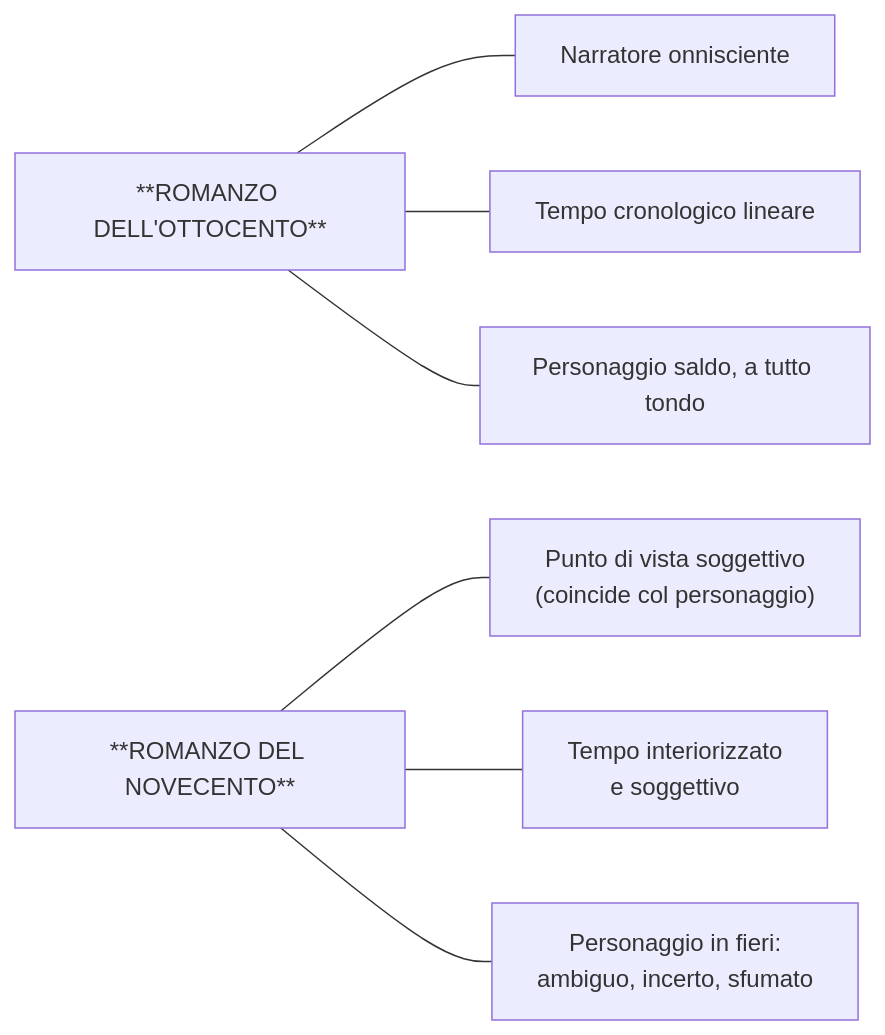
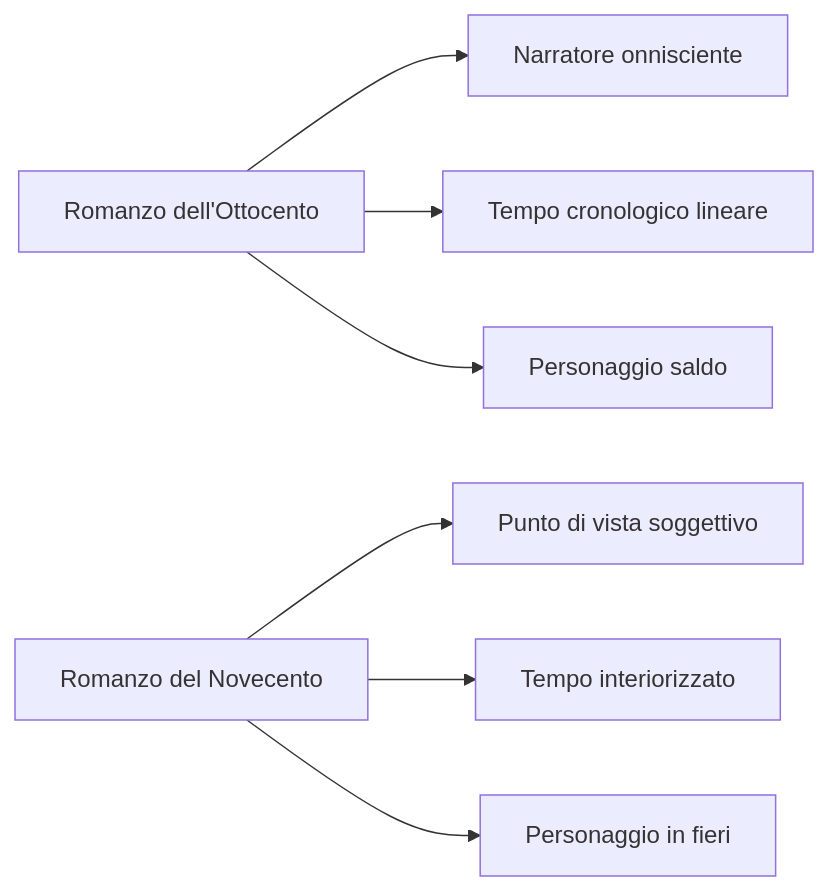
The first of 6 diagrams in italiano/romanzo-novecento/riassunto.md (riccardo-algorime/appunti-5Bsa), drawn with Mermaid before and after one commit. The commit also changed other lines of this file and 6 other files, not shown here.

````diff
--- a/italiano/romanzo-novecento/riassunto.md
+++ b/italiano/romanzo-novecento/riassunto.md
@@ -35,10 +47,10 @@
 ```mermaid
 flowchart LR
-    A["**ROMANZO DELL'OTTOCENTO**"] --- B["Narratore onnisciente"]
-    A --- C["Tempo cronologico lineare"]
-    A --- D["Personaggio saldo, a tutto tondo"]
+    A["Romanzo dell'Ottocento"] --> B["Narratore onnisciente"]
+    A --> C["Tempo cronologico lineare"]
+    A --> D["Personaggio saldo"]
 
-    E["**ROMANZO DEL NOVECENTO**"] --- F["Punto di vista soggettivo<br/>(coincide col personaggio)"]
-    E --- G["Tempo interiorizzato<br/>e soggettivo"]
-    E --- H["Personaggio in fieri:<br/>ambiguo, incerto, sfumato"]
+    E["Romanzo del Novecento"] --> F["Punto di vista soggettivo"]
+    E --> G["Tempo interiorizzato"]
+    E --> H["Personaggio in fieri"]
 ```
````
